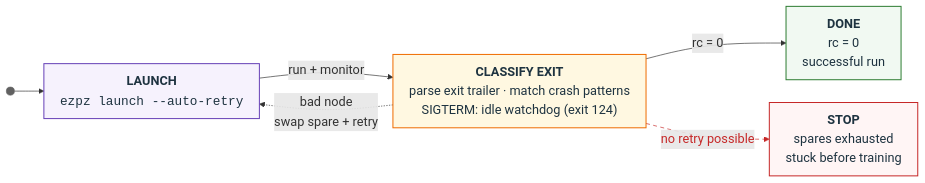
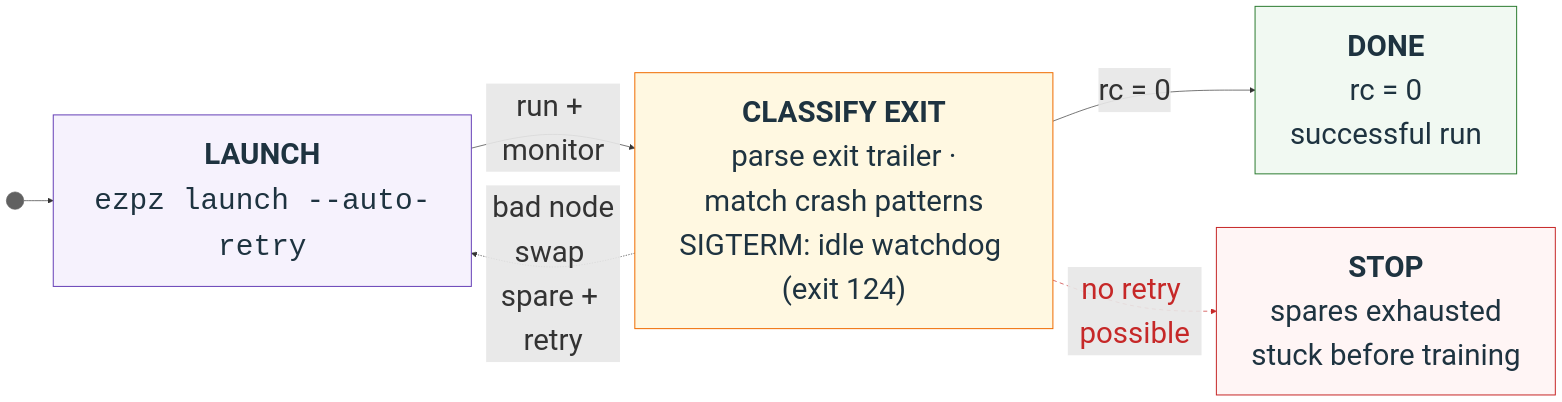
Before and after one commit to saforem2/samf.sh: the eighth of 10 diagrams in web/src/pages/talks/2026/11/20/index.mdx, drawn with Mermaid. The commit also changed other lines of this file, not shown here.

````diff
--- a/web/src/pages/talks/2026/11/20/index.mdx
+++ b/web/src/pages/talks/2026/11/20/index.mdx
@@ -374,25 +374,25 @@
 ```mermaid
-%%{init: {'themeVariables': {'fontSize': '19px'}, 'flowchart': {'nodeSpacing': 34, 'rankSpacing': 44, 'padding': 12, 'wrappingWidth': 640}}}%%
+%%{init: {'themeVariables': {'fontSize': '44px'}, 'flowchart': {'nodeSpacing': 80, 'rankSpacing': 44, 'padding': 26, 'wrappingWidth': 520}}}%%
 flowchart LR
     START(( )) --> LAUNCH
     LAUNCH["<span style='font-weight:700'>LAUNCH</span><br/><code>ezpz launch --auto-retry</code>"]
-    CLASSIFY["<span style='font-weight:700'>CLASSIFY EXIT</span><br/>parse exit trailer · match crash patterns<br/>SIGTERM: idle watchdog (exit 124)"]
+    CLASSIFY["<span style='font-weight:700'>CLASSIFY EXIT</span><br/>parse exit trailer ·<br/>match crash patterns<br/>SIGTERM: idle watchdog (exit 124)"]
     DONE["<span style='font-weight:700'>DONE</span><br/>rc = 0<br/>successful run"]
     STOP["<span style='font-weight:700'>STOP</span><br/>spares exhausted<br/>stuck before training"]
     LAUNCH -->|"run + monitor"| CLASSIFY
     CLASSIFY -->|"rc = 0"| DONE
     CLASSIFY -->|"no retry possible"| STOP
     CLASSIFY -.->|"bad node<br/>swap spare + retry"| LAUNCH
 
     classDef launchC fill:#f6f2fd,stroke:#6741b7,color:#1e3340,stroke-width:1.5px
     classDef classifyC fill:#fff8e1,stroke:#ef6c00,color:#1e3340,stroke-width:1.5px
     classDef doneC fill:#f1f9f2,stroke:#2e7d32,color:#1e3340,stroke-width:1.5px
     classDef stopC fill:#fff5f5,stroke:#c62828,color:#1e3340,stroke-width:1.5px
     classDef startC fill:#616161,stroke:#616161,color:#616161
     class START startC
     class LAUNCH launchC
     class CLASSIFY classifyC
     class DONE doneC
     class STOP stopC
     linkStyle 3 stroke:#c62828,color:#c62828,stroke-dasharray:6 5
 ```
````
